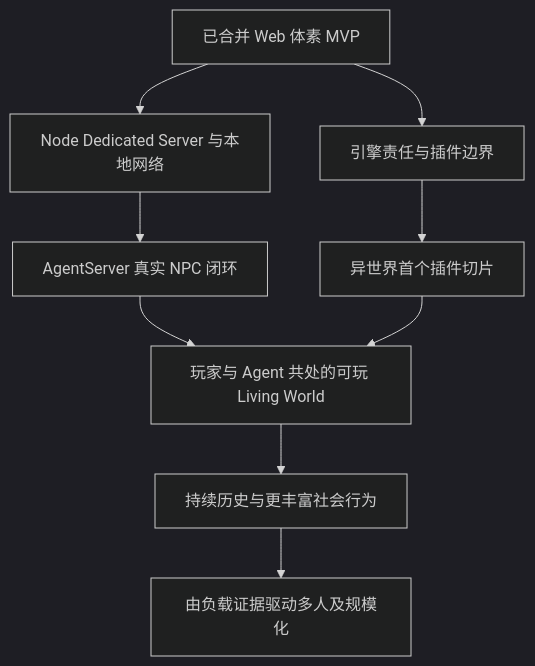
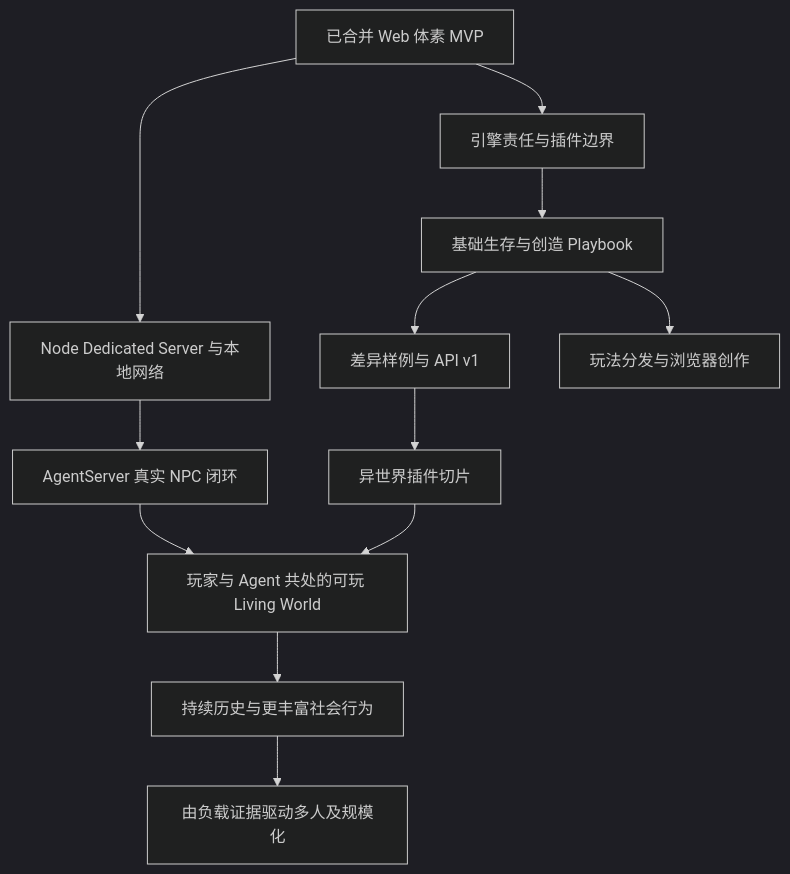
The diagram in docs/living-world-alignment.md (seedlands-game/seedlands-web-sandbox), drawn with Mermaid (dark theme) before and after one commit. The commit also changed other lines of this file and 4 other files, not shown here.

Commit message:
docs: document composable playbook roadmap (#10)

````diff
--- a/docs/living-world-alignment.md
+++ b/docs/living-world-alignment.md
@@ -208,11 +213,14 @@
 ```mermaid
 flowchart TD
   M[已合并 Web 体素 MVP] --> A[Node Dedicated Server 与本地网络]
   M --> B[引擎责任与插件边界]
   A --> C[AgentServer 真实 NPC 闭环]
-  B --> D[异世界首个插件切片]
+  B --> P[基础生存与创造 Playbook]
+  P --> V[差异样例与 API v1]
+  V --> D[异世界插件切片]
+  P --> H[玩法分发与浏览器创作]
   C --> E[玩家与 Agent 共处的可玩 Living World]
   D --> E
   E --> F[持续历史与更丰富社会行为]
   F --> G[由负载证据驱动多人及规模化]
 ```
````
